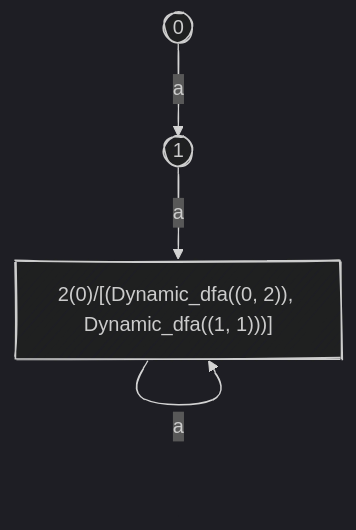
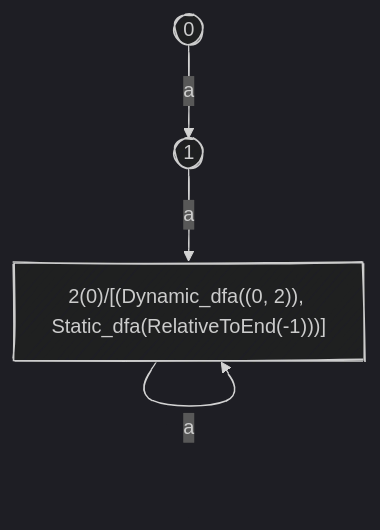
Before and after one commit to moonbitlang/moonlex: the diagram in src/lib/tests/__snapshot__/dfa_a_star_capture.md, drawn with Mermaid (dark theme). The commit also changed 13 other files, not shown here.

````diff
--- a/src/lib/tests/__snapshot__/dfa_a_star_capture.md
+++ b/src/lib/tests/__snapshot__/dfa_a_star_capture.md
@@ -1,13 +1,13 @@
 ```mermaid
 ---
   config:
     look: handDrawn
 ---
 graph TD
 0-->|"a"|1
 1-->|"a"|2
 2-->|"a"|2
 0((0))
 1((1))
-2["2(0)/[(Dynamic_dfa((0, 2)), Dynamic_dfa((1, 1)))]"]
+2["2(0)/[(Dynamic_dfa((0, 2)), Static_dfa(RelativeToEnd(-1)))]"]
 ```
````
